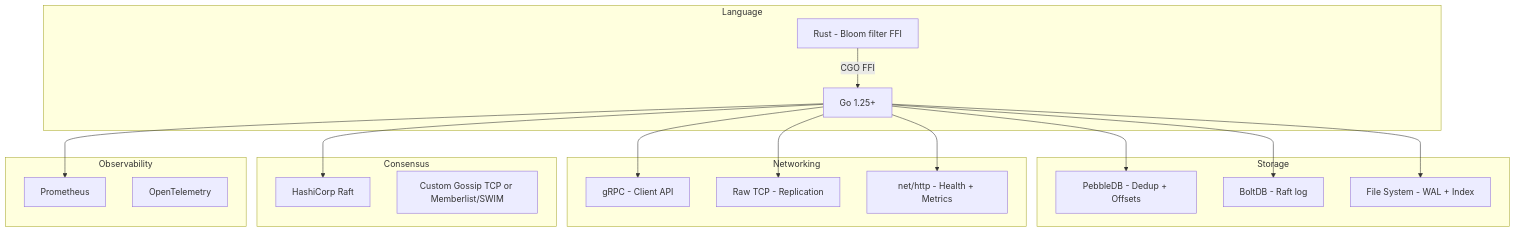
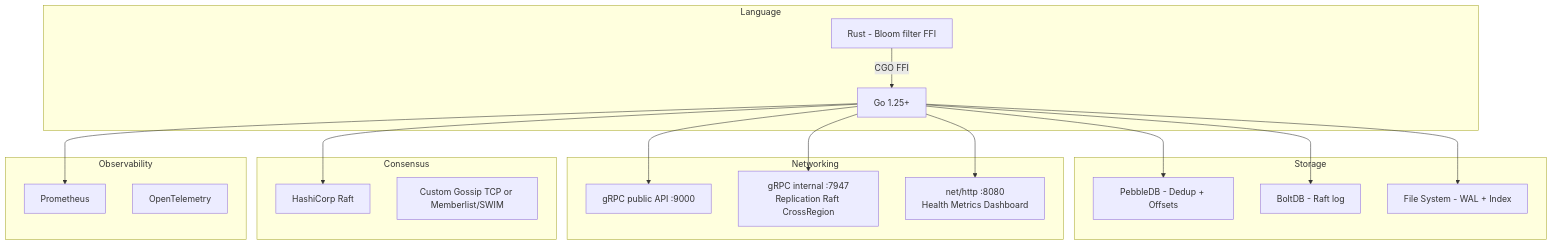
One commit to jatin711-debug/cronos_db_golang changed diagram 46 of 47 in ARCHITECTURE.md. Above: the diagram before and after it, drawn with Mermaid. The commit also changed other lines of this file and 24 other files, not shown here.

First line of the commit message:
docs: align architecture docs and mermaid with current runtime

````diff
--- a/ARCHITECTURE.md
+++ b/ARCHITECTURE.md
@@ -1505,39 +1528,39 @@
 ```mermaid
 graph TB
     subgraph Language
         GO[Go 1.25+]
         RUST[Rust - Bloom filter FFI]
     end
 
     subgraph Storage
         PEBBLE[PebbleDB - Dedup + Offsets]
         BOLT[BoltDB - Raft log]
         FS[File System - WAL + Index]
     end
 
     subgraph Networking
-        GRPC[gRPC - Client API]
-        TCP[Raw TCP - Replication]
-        HTTP[net/http - Health + Metrics]
+        GRPC[gRPC public API :9000]
+        IGRPC[gRPC internal :7947<br/>Replication Raft CrossRegion]
+        HTTP[net/http :8080<br/>Health Metrics Dashboard]
     end
 
     subgraph Consensus
         HRAFT[HashiCorp Raft]
         GOSSIP[Custom Gossip TCP or Memberlist/SWIM]
     end
 
     subgraph Observability
         PROM[Prometheus]
         OTEL[OpenTelemetry]
     end
 
     GO --> PEBBLE
     GO --> BOLT
     GO --> FS
     GO --> GRPC
-    GO --> TCP
+    GO --> IGRPC
     GO --> HTTP
     GO --> HRAFT
     GO --> PROM
     RUST -->|CGO FFI| GO
 ```
````
